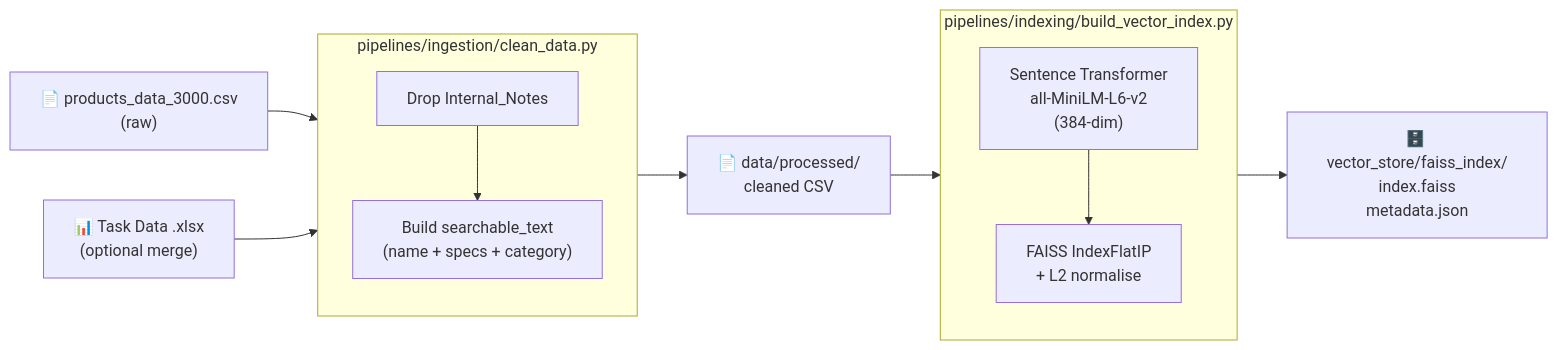
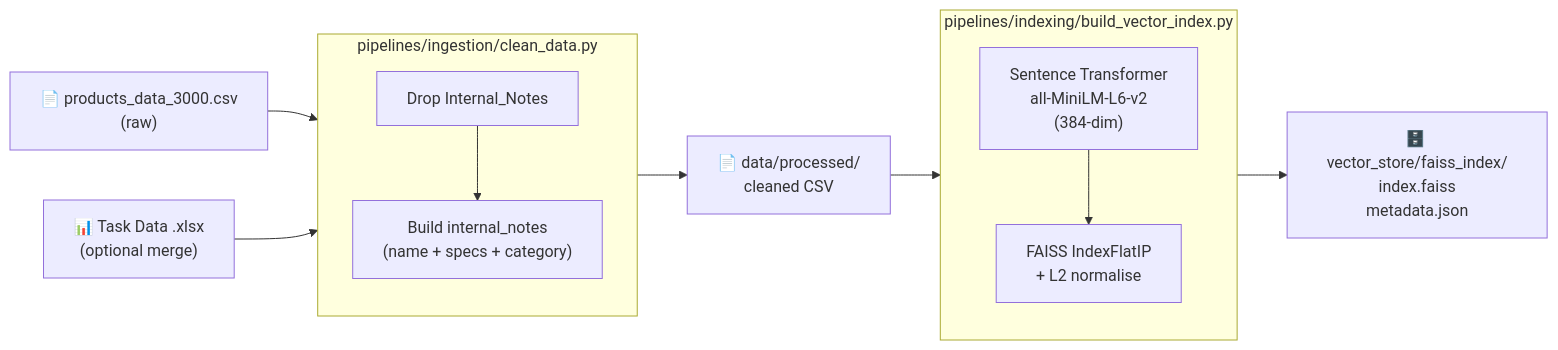
One commit to kokou-egbewatt/retail-intelligence changed the second of 2 diagrams in docs/security.md. Above: the diagram before and after it, drawn with Mermaid. The commit also changed 3 other files, not shown here.

Commit message:
searchable_text > internal_notes

````diff
--- a/docs/security.md
+++ b/docs/security.md
@@ -142,20 +142,20 @@
 ```mermaid
 flowchart LR
     A["📄 products_data_3000.csv\n(raw)"] --> C
     B["📊 Task Data .xlsx\n(optional merge)"] --> C
 
     subgraph C["pipelines/ingestion/clean_data.py"]
         direction TB
-        C1["Drop Internal_Notes"] --> C2["Build searchable_text\n(name + specs + category)"]
+        C1["Drop Internal_Notes"] --> C2["Build internal_notes\n(name + specs + category)"]
     end
 
     C --> D["📄 data/processed/\ncleaned CSV"]
     D --> E
 
     subgraph E["pipelines/indexing/build_vector_index.py"]
         direction TB
         E1["Sentence Transformer\nall-MiniLM-L6-v2\n(384-dim)"] --> E2["FAISS IndexFlatIP\n+ L2 normalise"]
     end
 
     E --> F["🗄️ vector_store/faiss_index/\nindex.faiss\nmetadata.json"]
 ```
````
